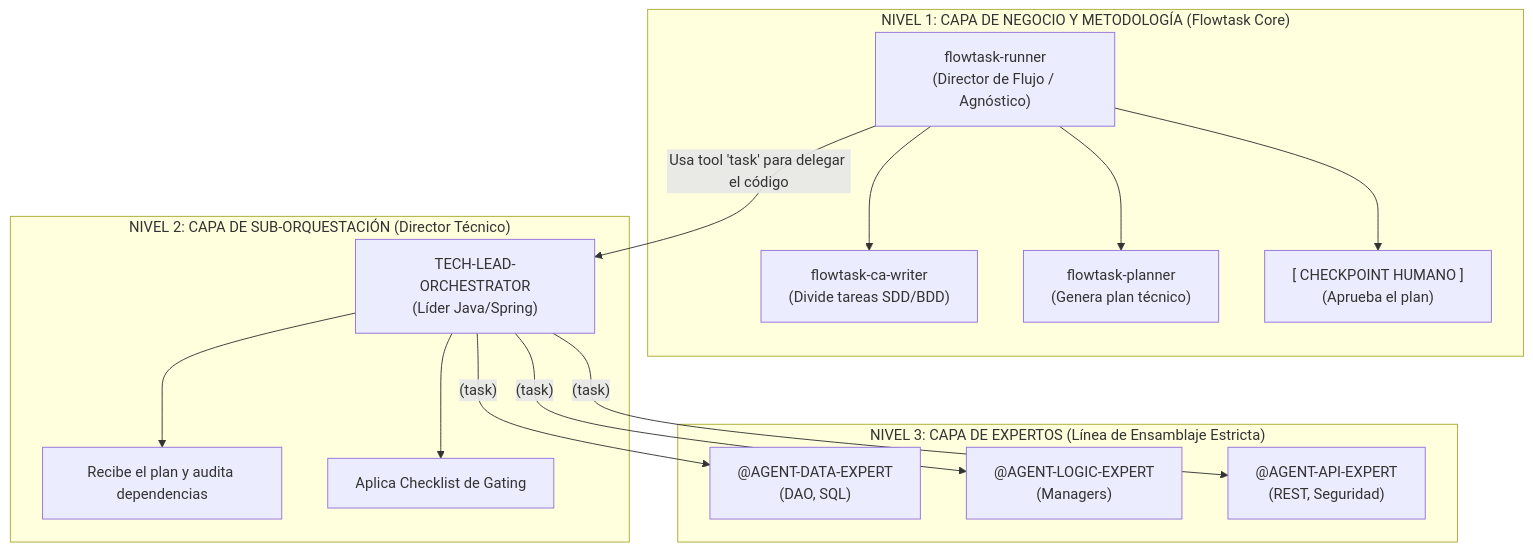
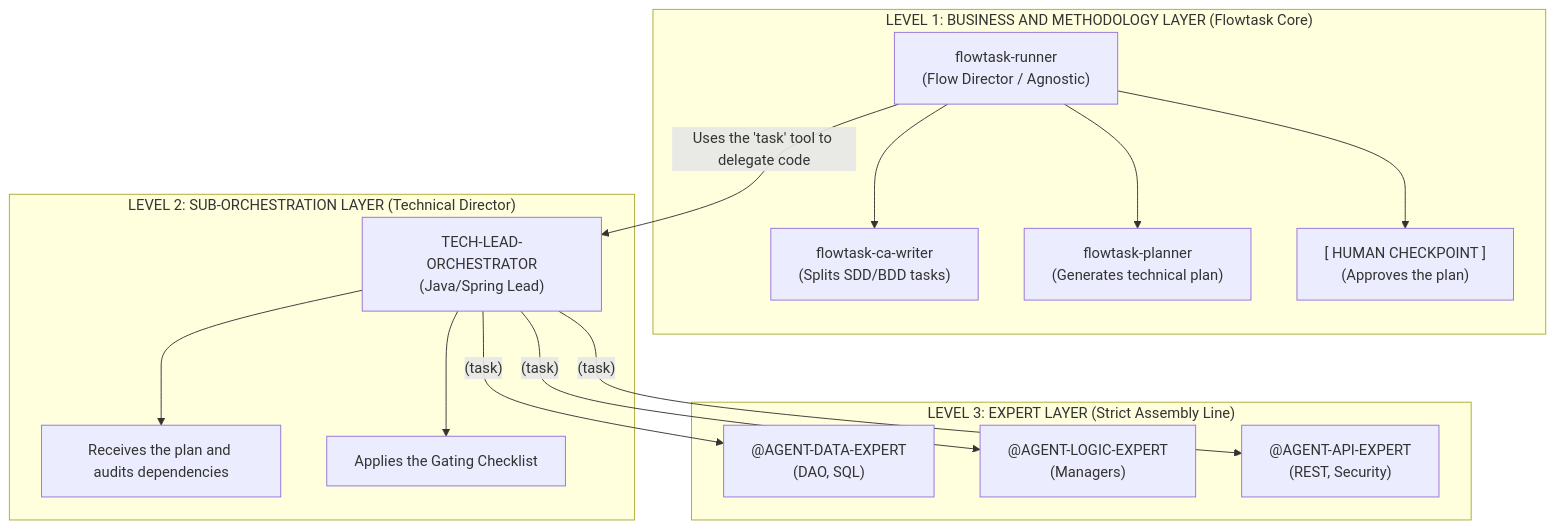
Before and after one commit to Saez520/flowtask: the diagram in docs/architecture/flowtask-sistematico.md, drawn with Mermaid. The commit also changed other lines of this file and 57 other files, not shown here.

````diff
--- a/docs/architecture/flowtask-sistematico.md
+++ b/docs/architecture/flowtask-sistematico.md
@@ -5,28 +5,28 @@
 ```mermaid
 flowchart TD
-    subgraph L1["NIVEL 1: CAPA DE NEGOCIO Y METODOLOGÍA (Flowtask Core)"]
-        RUNNER["flowtask-runner<br/>(Director de Flujo / Agnóstico)"]
-        CAW["flowtask-ca-writer<br/>(Divide tareas SDD/BDD)"]
-        PLN["flowtask-planner<br/>(Genera plan técnico)"]
-        CHK["[ CHECKPOINT HUMANO ]<br/>(Aprueba el plan)"]
+    subgraph L1["LEVEL 1: BUSINESS AND METHODOLOGY LAYER (Flowtask Core)"]
+        RUNNER["flowtask-runner<br/>(Flow Director / Agnostic)"]
+        CAW["flowtask-ca-writer<br/>(Splits SDD/BDD tasks)"]
+        PLN["flowtask-planner<br/>(Generates technical plan)"]
+        CHK["[ HUMAN CHECKPOINT ]<br/>(Approves the plan)"]
         RUNNER --> CAW
         RUNNER --> PLN
         RUNNER --> CHK
     end
-    subgraph L2["NIVEL 2: CAPA DE SUB-ORQUESTACIÓN (Director Técnico)"]
-        TL["TECH-LEAD-ORCHESTRATOR<br/>(Líder Java/Spring)"]
-        A1["Recibe el plan y audita dependencias"]
-        A2["Aplica Checklist de Gating"]
+    subgraph L2["LEVEL 2: SUB-ORCHESTRATION LAYER (Technical Director)"]
+        TL["TECH-LEAD-ORCHESTRATOR<br/>(Java/Spring Lead)"]
+        A1["Receives the plan and audits dependencies"]
+        A2["Applies the Gating Checklist"]
         TL --> A1
         TL --> A2
     end
-    subgraph L3["NIVEL 3: CAPA DE EXPERTOS (Línea de Ensamblaje Estricta)"]
+    subgraph L3["LEVEL 3: EXPERT LAYER (Strict Assembly Line)"]
         DE["@AGENT-DATA-EXPERT<br/>(DAO, SQL)"]
         LE["@AGENT-LOGIC-EXPERT<br/>(Managers)"]
-        AE["@AGENT-API-EXPERT<br/>(REST, Seguridad)"]
+        AE["@AGENT-API-EXPERT<br/>(REST, Security)"]
     end
-    RUNNER -->|"Usa tool 'task' para delegar el código"| TL
+    RUNNER -->|"Uses the 'task' tool to delegate code"| TL
     TL -->|"(task)"| DE
     TL -->|"(task)"| LE
     TL -->|"(task)"| AE
 ```
````
